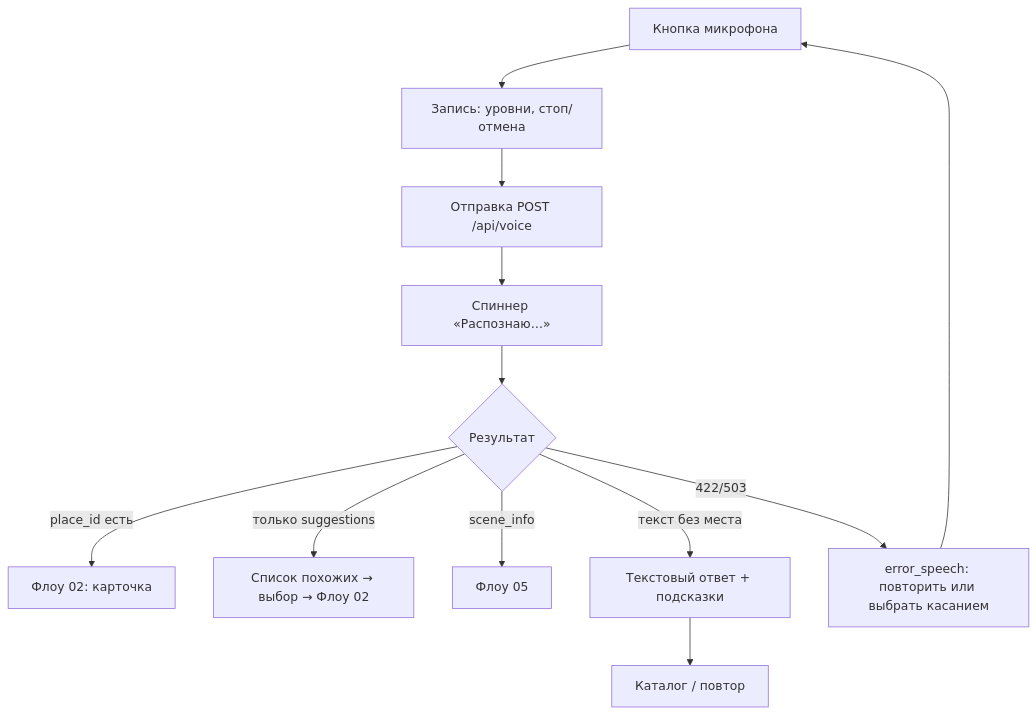
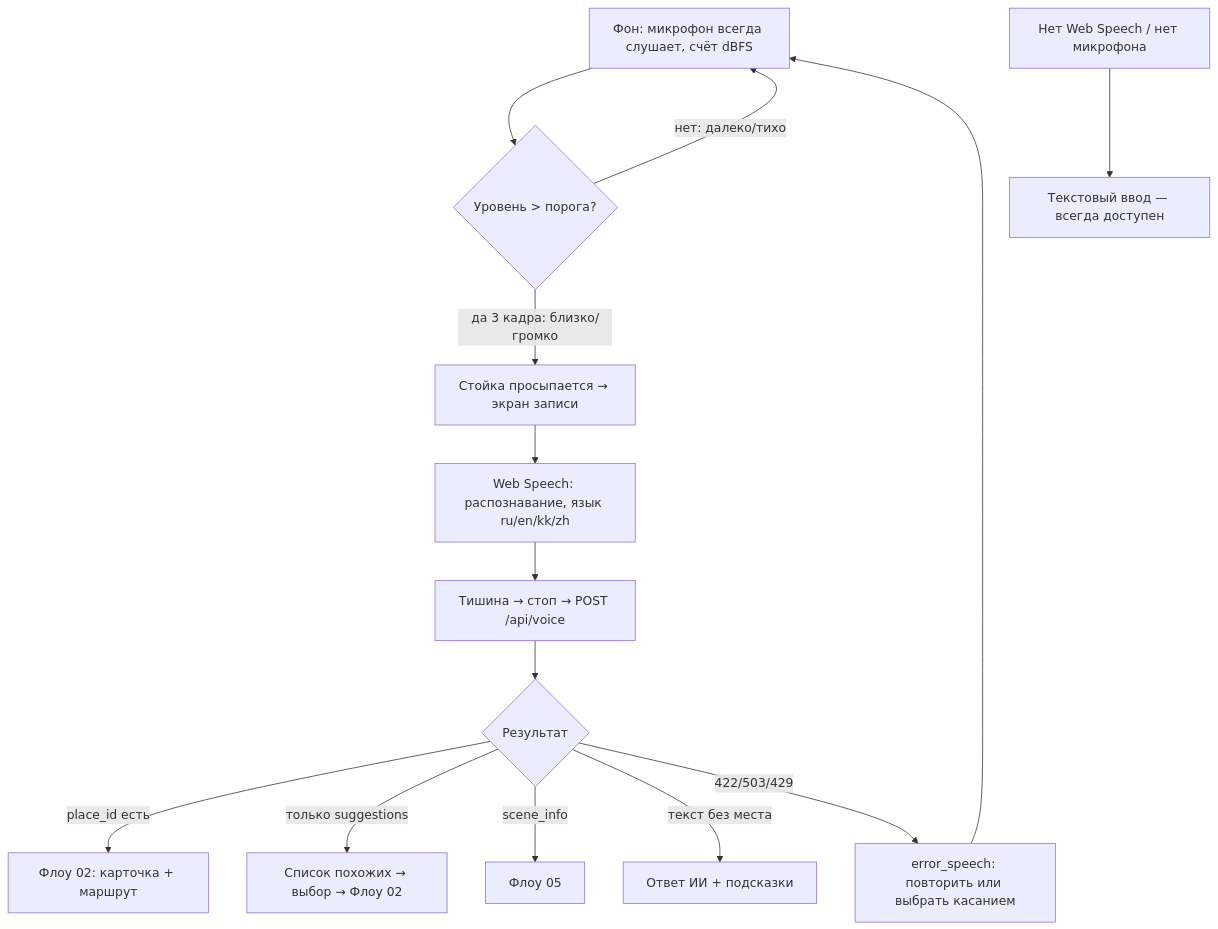
The diagram in docs/flows/04-voice.md (Dyman17/Arch), drawn with Mermaid before and after one commit. The commit also changed other lines of this file and 10 other files, not shown here.

Commit message:
docs: BaGdar flows 01-06, api contracts, tech stack, tasks

````diff
--- a/docs/flows/04-voice.md
+++ b/docs/flows/04-voice.md
@@ -9,14 +9,16 @@
 ```mermaid
 flowchart TD
-    A[Кнопка микрофона] --> B[Запись: уровни, стоп/отмена]
-    B --> C[Отправка POST /api/voice]
-    C --> D[Спиннер «Распознаю…»]
-    D --> E{Результат}
-    E -- place_id есть --> F[Флоу 02: карточка]
-    E -- только suggestions --> G[Список похожих → выбор → Флоу 02]
-    E -- scene_info --> H[Флоу 05]
-    E -- текст без места --> I[Текстовый ответ + подсказки]
-    I --> J[Каталог / повтор]
-    E -- 422/503 --> K[error_speech: повторить или выбрать касанием]
+    A[Фон: микрофон всегда слушает, счёт dBFS] --> B{Уровень > порога?}
+    B -- нет: далеко/тихо --> A
+    B -- да 3 кадра: близко/громко --> C[Стойка просыпается → экран записи]
+    C --> D[Web Speech: распознавание, язык ru/en/kk/zh]
+    D --> E[Тишина → стоп → POST /api/voice]
+    E --> F{Результат}
+    F -- place_id есть --> G[Флоу 02: карточка + маршрут]
+    F -- только suggestions --> H[Список похожих → выбор → Флоу 02]
+    F -- scene_info --> I[Флоу 05]
+    F -- текст без места --> J[Ответ ИИ + подсказки]
+    F -- 422/503/429 --> K[error_speech: повторить или выбрать касанием]
     K --> A
+    Z[Нет Web Speech / нет микрофона] --> Y[Текстовый ввод — всегда доступен]
 ```
````
